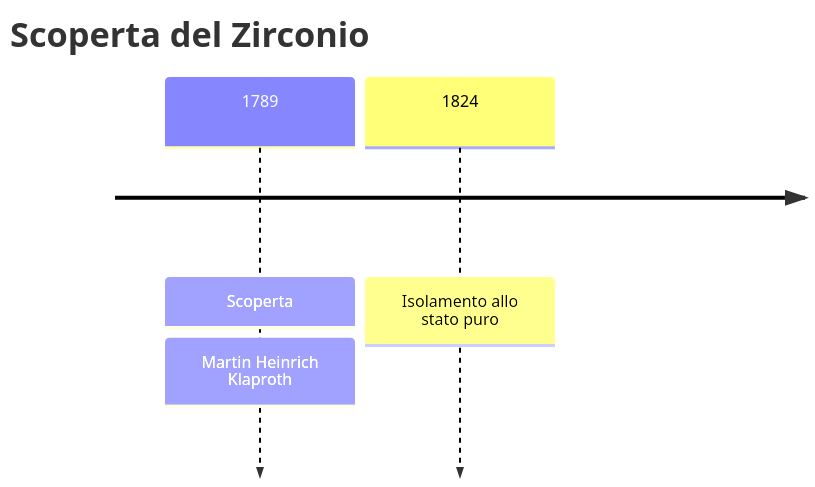
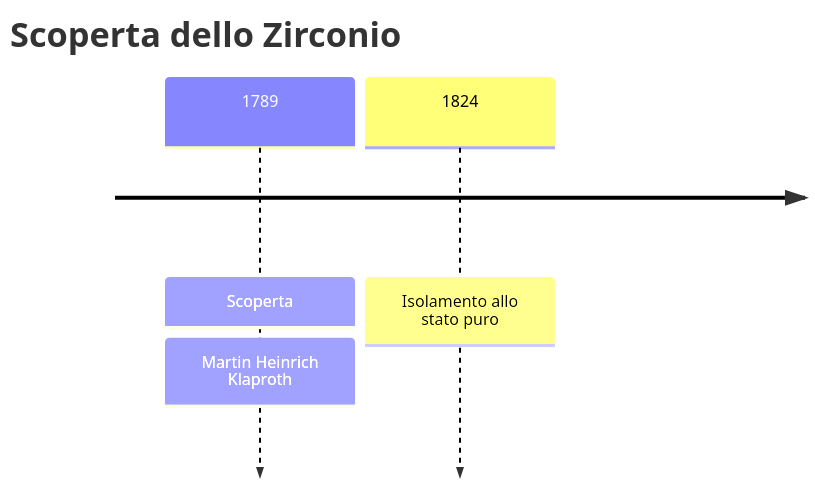
Before and after one commit to gianlucaciarcelluti/elements-caos: the first of 2 diagrams in vault/Elementi/Zirconio.md, drawn with Mermaid. The commit also changed 3 other files, not shown here.

````diff
--- a/vault/Elementi/Zirconio.md
+++ b/vault/Elementi/Zirconio.md
@@ -28,6 +28,6 @@
 ```mermaid
 timeline
-    title Scoperta del Zirconio
+    title Scoperta dello Zirconio
     1789 : Scoperta : Martin Heinrich Klaproth
     1824 : Isolamento allo stato puro
 ```
````
